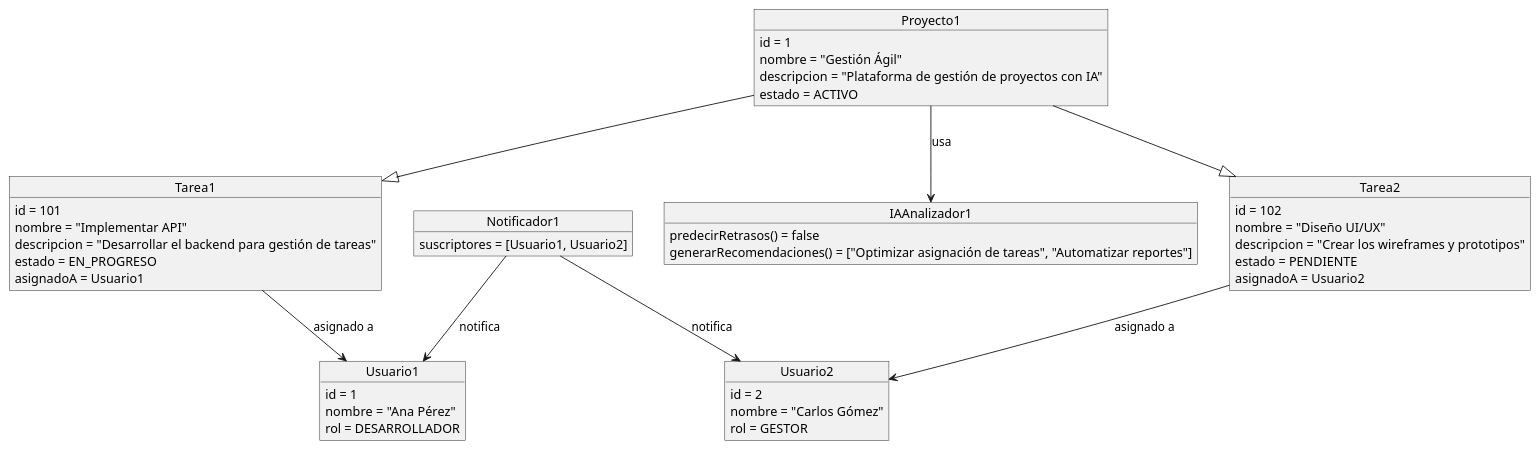
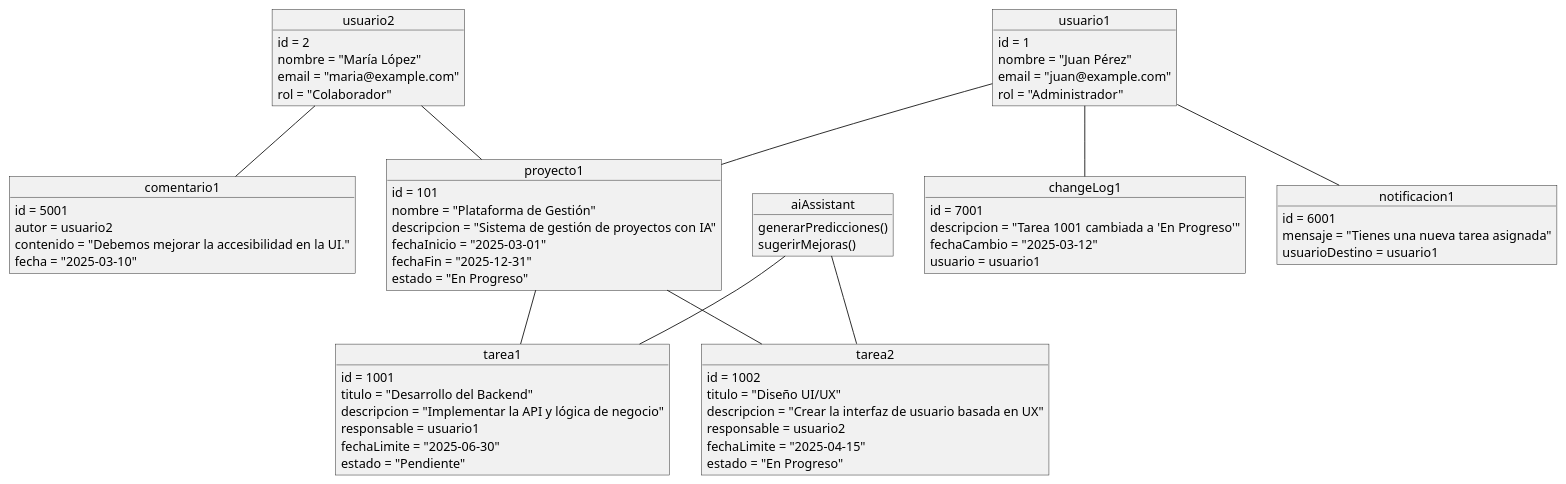
One commit to dxn1l/GestorProyectosIA changed the diagram in Docs/Diagramas/Objetos.puml. Above: the diagram before and after it, drawn with PlantUML. The commit also changed 6 other files, not shown here.

Commit message:
[CHANGE] diagramas de platUML

```diff
--- a/Docs/Diagramas/Objetos.puml
+++ b/Docs/Diagramas/Objetos.puml
@@ -1,57 +1,79 @@
 @startuml
 
-' Creación de instancias de objetos
-object Proyecto1 {
-    id = 1
-    nombre = "Gestión Ágil"
-    descripcion = "Plataforma de gestión de proyectos con IA"
-    estado = ACTIVO
+object usuario1 {
+  id = 1
+  nombre = "Juan Pérez"
+  email = "juan@example.com"
+  rol = "Administrador"
 }
 
-object Tarea1 {
-    id = 101
-    nombre = "Implementar API"
-    descripcion = "Desarrollar el backend para gestión de tareas"
-    estado = EN_PROGRESO
-    asignadoA = Usuario1
+object usuario2 {
+  id = 2
+  nombre = "María López"
+  email = "maria@example.com"
+  rol = "Colaborador"
 }
 
-object Tarea2 {
-    id = 102
-    nombre = "Diseño UI/UX"
-    descripcion = "Crear los wireframes y prototipos"
-    estado = PENDIENTE
-    asignadoA = Usuario2
+object proyecto1 {
+  id = 101
+  nombre = "Plataforma de Gestión"
+  descripcion = "Sistema de gestión de proyectos con IA"
+  fechaInicio = "2025-03-01"
+  fechaFin = "2025-12-31"
+  estado = "En Progreso"
 }
 
-object Usuario1 {
-    id = 1
-    nombre = "Ana Pérez"
-    rol = DESARROLLADOR
+object tarea1 {
+  id = 1001
+  titulo = "Desarrollo del Backend"
+  descripcion = "Implementar la API y lógica de negocio"
+  responsable = usuario1
+  fechaLimite = "2025-06-30"
+  estado = "Pendiente"
 }
 
-object Usuario2 {
-    id = 2
-    nombre = "Carlos Gómez"
-    rol = GESTOR
+object tarea2 {
+  id = 1002
+  titulo = "Diseño UI/UX"
+  descripcion = "Crear la interfaz de usuario basada en UX"
+  responsable = usuario2
+  fechaLimite = "2025-04-15"
+  estado = "En Progreso"
 }
 
-object IAAnalizador1 {
-    predecirRetrasos() = false
-    generarRecomendaciones() = ["Optimizar asignación de tareas", "Automatizar reportes"]
+object aiAssistant {
+  generarPredicciones()
+  sugerirMejoras()
 }
 
-object Notificador1 {
-    suscriptores = [Usuario1, Usuario2]
+object comentario1 {
+  id = 5001
+  autor = usuario2
+  contenido = "Debemos mejorar la accesibilidad en la UI."
+  fecha = "2025-03-10"
 }
 
-' Relaciones entre objetos
-Proyecto1 --|> Tarea1
-Proyecto1 --|> Tarea2
-Tarea1 --> Usuario1 : asignado a
-Tarea2 --> Usuario2 : asignado a
-Proyecto1 --> IAAnalizador1 : usa
-Notificador1 --> Usuario1 : notifica
-Notificador1 --> Usuario2 : notifica
+object notificacion1 {
+  id = 6001
+  mensaje = "Tienes una nueva tarea asignada"
+  usuarioDestino = usuario1
+}
+
+object changeLog1 {
+  id = 7001
+  descripcion = "Tarea 1001 cambiada a 'En Progreso'"
+  fechaCambio = "2025-03-12"
+  usuario = usuario1
+}
+
+usuario1 -- proyecto1
+usuario2 -- proyecto1
+proyecto1 -- tarea1
+proyecto1 -- tarea2
+aiAssistant -- tarea1
+aiAssistant -- tarea2
+usuario2 -- comentario1
+usuario1 -- notificacion1
+usuario1 -- changeLog1
 
 @enduml
```
